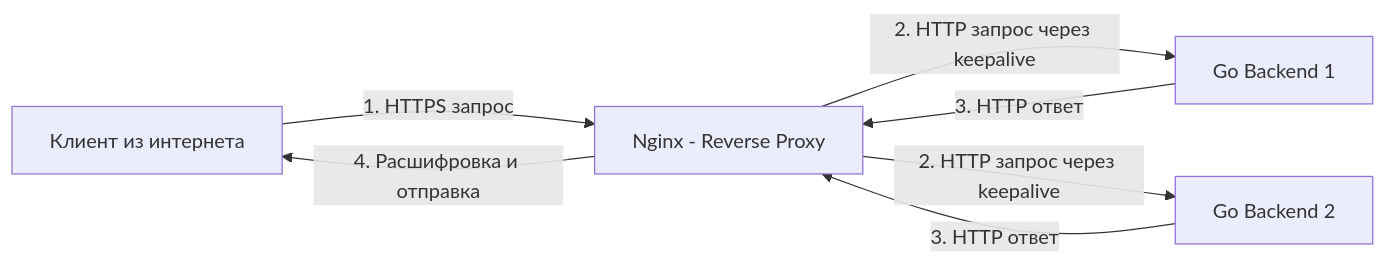
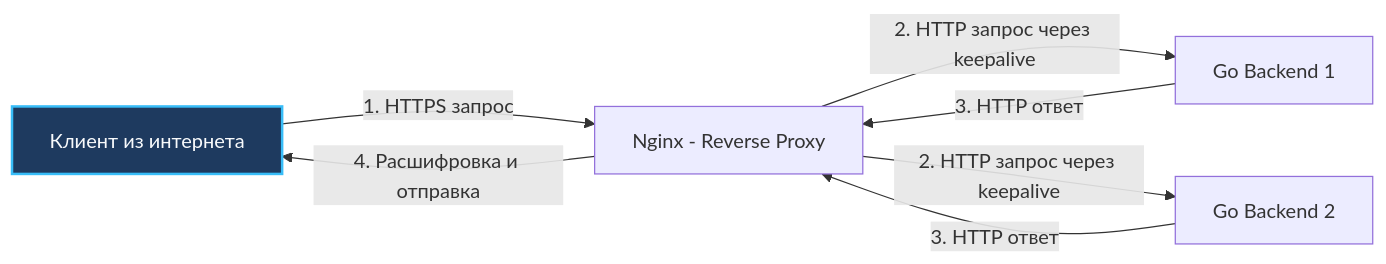
The first of 2 diagrams in sources/19. Инфраструктура. Linux, nginx, Docker, Kubernetes/02. nginx/2. Reverse proxy.md (UnrealTemplier/go-textbook), drawn with Mermaid before and after one commit. The commit also changed 1666 other files, not shown here.

First line of the commit message:
feat(mermaid): add semantic color classDef to 1369 colorless flowchart/graph diagrams

````diff
--- a/sources/19. Инфраструктура. Linux, nginx, Docker, Kubernetes/02. nginx/2. Reverse proxy.md
+++ b/sources/19. Инфраструктура. Linux, nginx, Docker, Kubernetes/02. nginx/2. Reverse proxy.md
@@ -19,9 +19,19 @@
 ```mermaid
 flowchart LR
-    A["Клиент из интернета"] -->|"1. HTTPS запрос"| B["Nginx - Reverse Proxy"]
+    classDef process  fill:#1e293b,stroke:#38bdf8,stroke-width:1px,color:#f8fafc
+    classDef success  fill:#064e3b,stroke:#34d399,stroke-width:1px,color:#f8fafc
+    classDef error    fill:#7f1d1d,stroke:#f87171,stroke-width:1px,color:#f8fafc
+    classDef warning  fill:#78350f,stroke:#fbbf24,stroke-width:1px,color:#f8fafc
+    classDef entry    fill:#1e3a5f,stroke:#38bdf8,stroke-width:2px,color:#f8fafc
+    classDef aux      fill:#334155,stroke:#64748b,stroke-width:1px,color:#f8fafc
+    classDef system   fill:#312e81,stroke:#a78bfa,stroke-width:1px,color:#f8fafc
+    classDef data     fill:#132d29,stroke:#2dd4bf,stroke-width:1px,color:#f8fafc
+    classDef network  fill:#881337,stroke:#fb7185,stroke-width:1px,color:#f8fafc
+    classDef accent   fill:#1e1b4b,stroke:#818cf8,stroke-width:1px,color:#f8fafc
+    A["Клиент из интернета"]:::entry -->|"1. HTTPS запрос"| B["Nginx - Reverse Proxy"]
     B -->|"2. HTTP запрос через keepalive"| C["Go Backend 1"]
     B -->|"2. HTTP запрос через keepalive"| D["Go Backend 2"]
     C -->|"3. HTTP ответ"| B
     D -->|"3. HTTP ответ"| B
     B -->|"4. Расшифровка и отправка"| A
 ```
````
